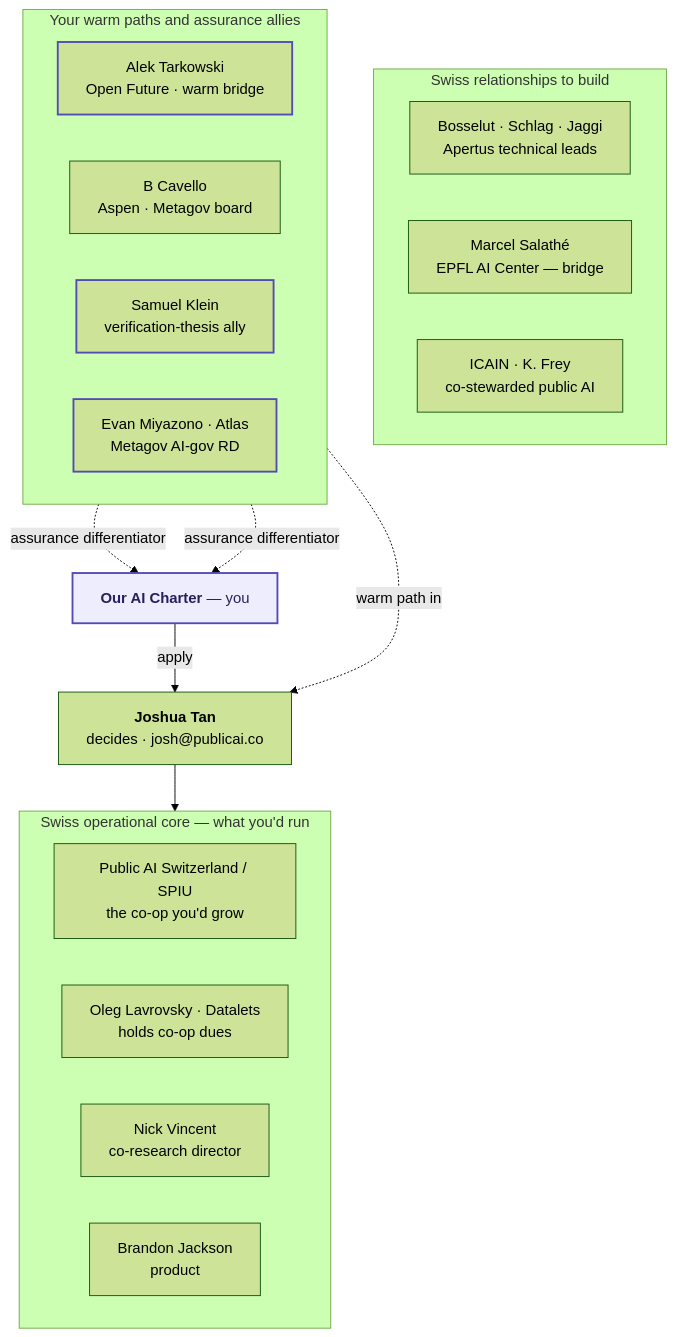
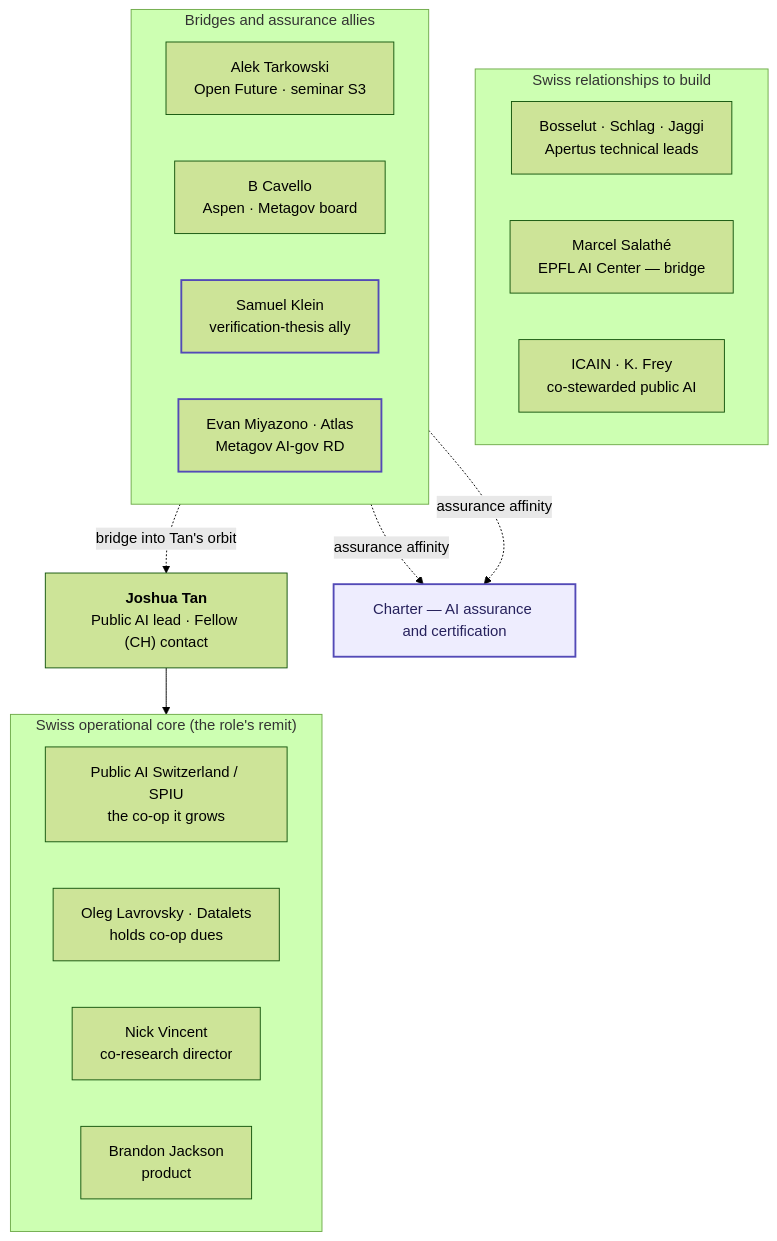
The first of 2 diagrams in docs/wip/public-ai-people-and-pathways.md (robertschaub/our-ai-charter), drawn with Mermaid (forest theme) before and after one commit. The commit also changed other lines of this file and 5 other files, not shown here.

````diff
--- a/docs/wip/public-ai-people-and-pathways.md
+++ b/docs/wip/public-ai-people-and-pathways.md
@@ -15,37 +15,36 @@
 ```mermaid
 flowchart TD
-  YOU["<b>Our AI Charter</b> — you"]:::you
-  TAN["<b>Joshua Tan</b><br/>decides · josh@publicai.co"]
-  YOU -->|apply| TAN
+  TAN["<b>Joshua Tan</b><br/>Public AI lead · Fellow (CH) contact"]
 
-  subgraph CORE["Swiss operational core — what you'd run"]
+  subgraph CORE["Swiss operational core (the role's remit)"]
     direction LR
-    SPIU["Public AI Switzerland / SPIU<br/>the co-op you'd grow"]
+    SPIU["Public AI Switzerland / SPIU<br/>the co-op it grows"]
     LAV["Oleg Lavrovsky · Datalets<br/>holds co-op dues"]
     NV["Nick Vincent<br/>co-research director"]
     BJ["Brandon Jackson<br/>product"]
   end
   TAN --> CORE
 
   subgraph REL["Swiss relationships to build"]
     direction LR
     APE["Bosselut · Schlag · Jaggi<br/>Apertus technical leads"]
     SAL["Marcel Salathé<br/>EPFL AI Center — bridge"]
     ICN["ICAIN · K. Frey<br/>co-stewarded public AI"]
   end
 
-  subgraph WARM["Your warm paths and assurance allies"]
+  subgraph WARM["Bridges and assurance allies"]
     direction LR
-    ALEK["Alek Tarkowski<br/>Open Future · warm bridge"]:::lev
+    ALEK["Alek Tarkowski<br/>Open Future · seminar S3"]
     CAV["B Cavello<br/>Aspen · Metagov board"]
     KLEIN["Samuel Klein<br/>verification-thesis ally"]:::lev
     MIY["Evan Miyazono · Atlas<br/>Metagov AI-gov RD"]:::lev
   end
 
-  ALEK -.->|warm path in| TAN
-  KLEIN -.->|assurance differentiator| YOU
-  MIY -.->|assurance differentiator| YOU
+  CHT["Charter — AI assurance and certification"]:::charter
+  ALEK -.->|bridge into Tan's orbit| TAN
+  KLEIN -.->|assurance affinity| CHT
+  MIY -.->|assurance affinity| CHT
 
-  classDef you fill:#EEEDFE,stroke:#534AB7,stroke-width:2px,color:#26215C;
+  classDef charter fill:#EEEDFE,stroke:#534AB7,stroke-width:2px,color:#26215C;
   classDef lev stroke:#534AB7,stroke-width:2px;
 ```
````
